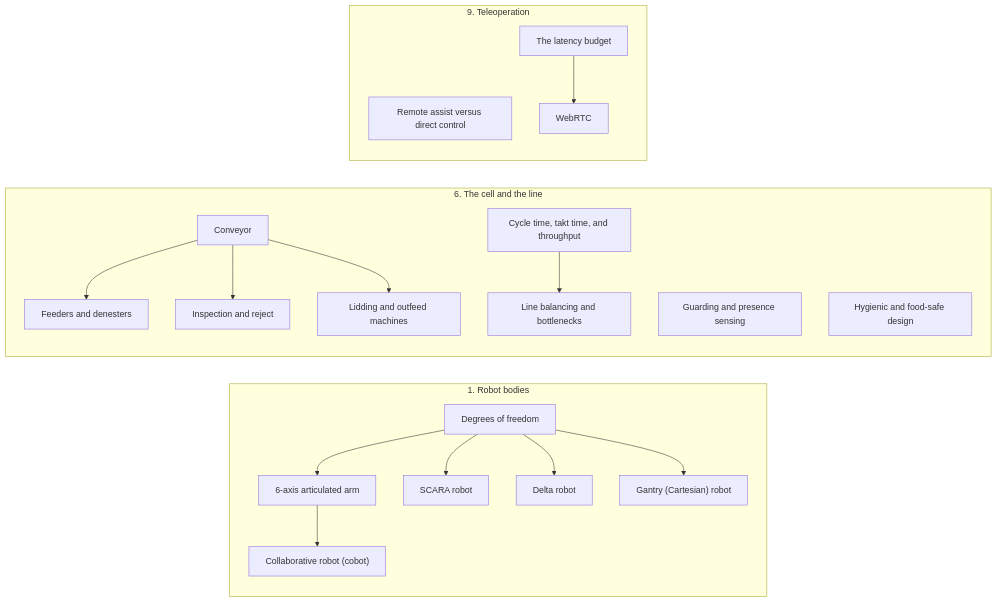
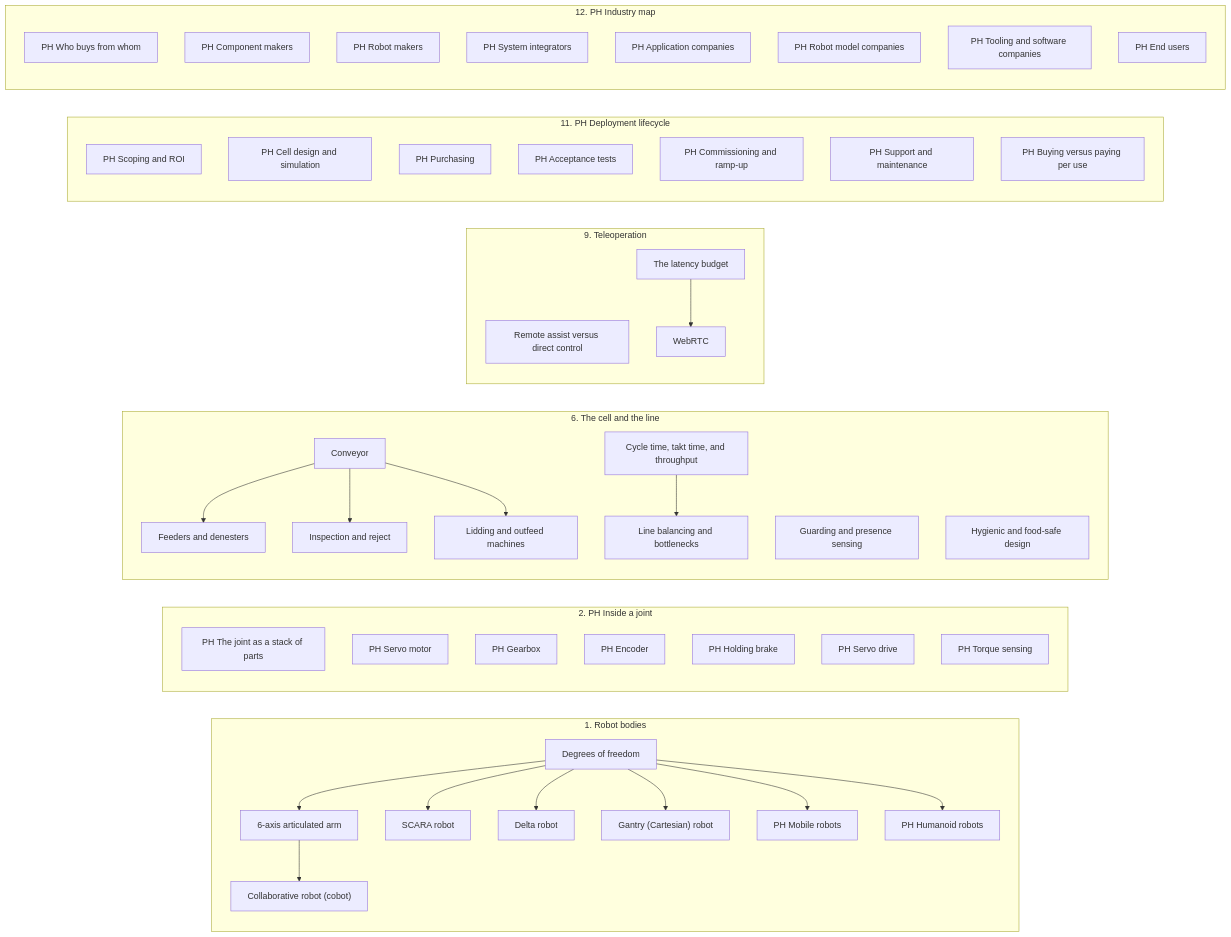
One commit to Keshavrajsinghal/robotycoon changed the diagram in tests/fixtures/knowledge/dependency-graph.md. Above: the diagram before and after it, drawn with Mermaid. The commit also changed other lines of this file and 48 other files, not shown here.

First line of the commit message:
Ride 1 (the tray): station robots and machines per reviewed content; shared engine, UI, tests, and full generated content

````diff
--- a/tests/fixtures/knowledge/dependency-graph.md
+++ b/tests/fixtures/knowledge/dependency-graph.md
@@ -8,36 +8,68 @@
 ```mermaid
 flowchart LR
   subgraph area1["1. Robot bodies"]
     dof["Degrees of freedom"]
     six_axis["6-axis articulated arm"]
     scara["SCARA robot"]
     delta["Delta robot"]
     cobot["Collaborative robot (cobot)"]
     gantry["Gantry (Cartesian) robot"]
+    mobile_robot["PH Mobile robots"]
+    humanoid["PH Humanoid robots"]
+  end
+  subgraph area2["2. PH Inside a joint"]
+    joint_stack["PH The joint as a stack of parts"]
+    servo_motor["PH Servo motor"]
+    gearbox["PH Gearbox"]
+    encoder["PH Encoder"]
+    brake["PH Holding brake"]
+    servo_drive["PH Servo drive"]
+    torque_sensing["PH Torque sensing"]
   end
   subgraph area6["6. The cell and the line"]
     conveyor["Conveyor"]
     feeder["Feeders and denesters"]
     inspection["Inspection and reject"]
     packaging_machines["Lidding and outfeed machines"]
     guarding["Guarding and presence sensing"]
     cycle_time["Cycle time, takt time, and throughput"]
     line_balancing["Line balancing and bottlenecks"]
     hygienic_design["Hygienic and food-safe design"]
   end
   subgraph area9["9. Teleoperation"]
     teleop_modes["Remote assist versus direct control"]
     latency_budget["The latency budget"]
     webrtc["WebRTC"]
   end
+  subgraph area11["11. PH Deployment lifecycle"]
+    scoping["PH Scoping and ROI"]
+    cell_design["PH Cell design and simulation"]
+    purchasing["PH Purchasing"]
+    acceptance_tests["PH Acceptance tests"]
+    commissioning["PH Commissioning and ramp-up"]
+    support["PH Support and maintenance"]
+    raas["PH Buying versus paying per use"]
+  end
+  subgraph area12["12. PH Industry map"]
+    value_chain["PH Who buys from whom"]
+    component_makers["PH Component makers"]
+    robot_makers["PH Robot makers"]
+    integrators["PH System integrators"]
+    application_companies["PH Application companies"]
+    model_companies["PH Robot model companies"]
+    tooling_companies["PH Tooling and software companies"]
+    end_users["PH End users"]
+  end
   dof --> six_axis
   dof --> scara
   dof --> delta
   six_axis --> cobot
   dof --> gantry
+  dof --> mobile_robot
+  dof --> humanoid
   conveyor --> feeder
   conveyor --> inspection
   conveyor --> packaging_machines
   cycle_time --> line_balancing
   latency_budget --> webrtc
 ```
````
